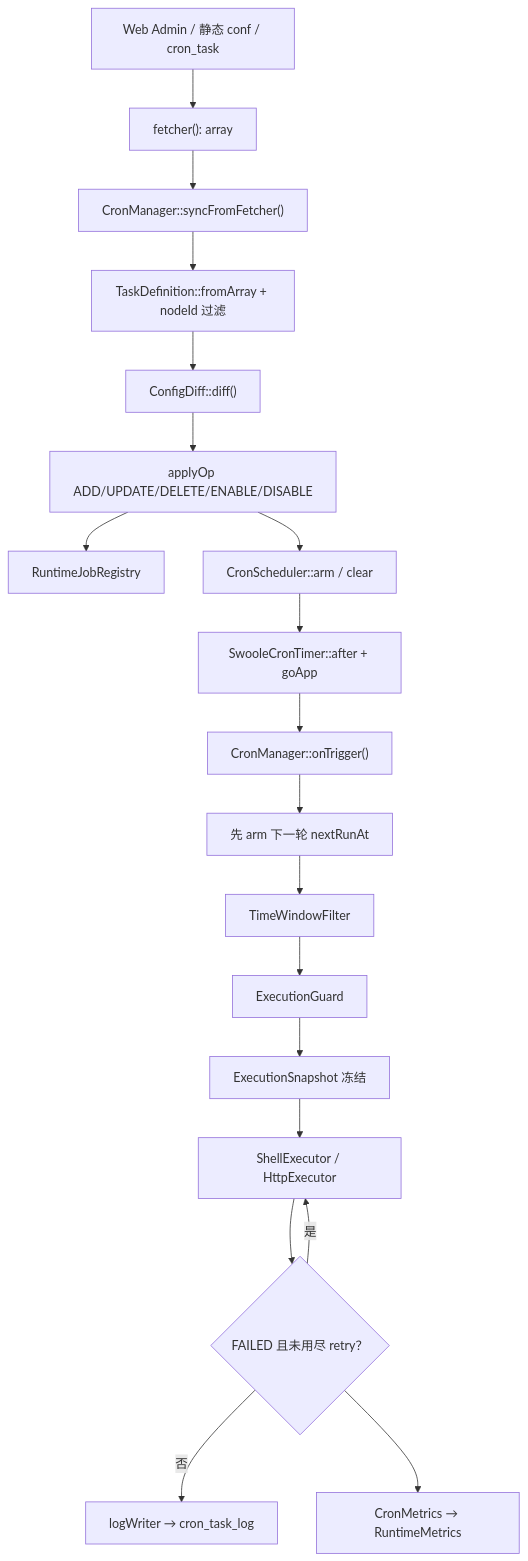
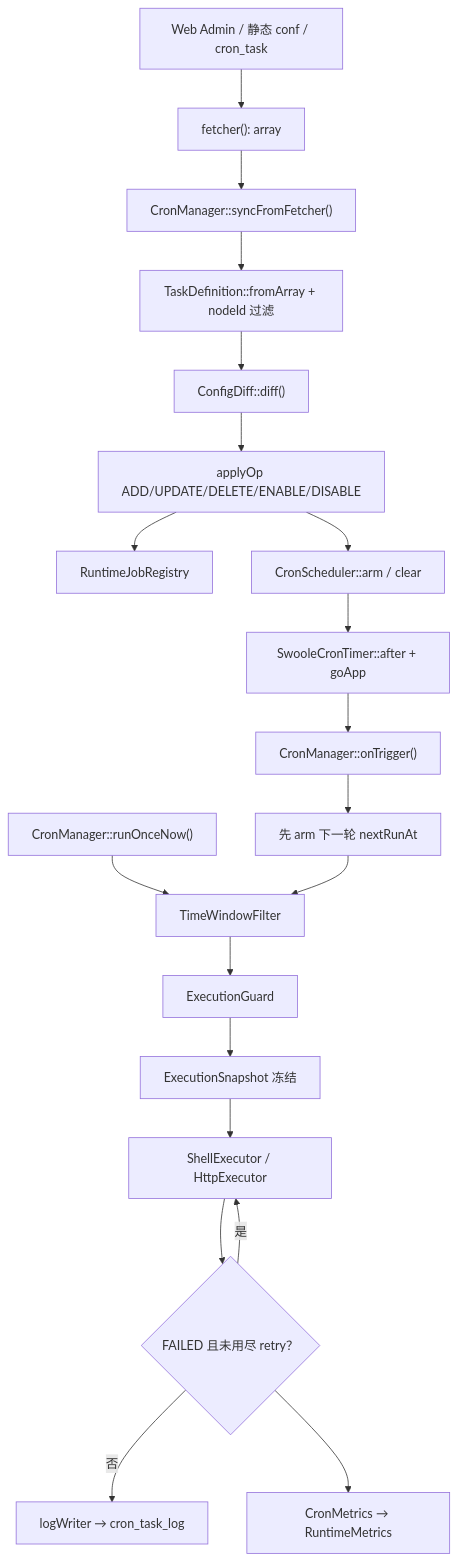
One commit to bingcool/swoolefy changed the second of 3 diagrams in src/Worker/Cron/README.md. Above: the diagram before and after it, drawn with Mermaid. The commit also changed other lines of this file and 8 other files, not shown here.

````diff
--- a/src/Worker/Cron/README.md
+++ b/src/Worker/Cron/README.md
@@ -84,21 +84,22 @@
 ```mermaid
 flowchart TB
     Admin["Web Admin / 静态 conf / cron_task"] --> Fetcher["fetcher(): array"]
     Fetcher --> Sync["CronManager::syncFromFetcher()"]
     Sync --> Norm["TaskDefinition::fromArray + nodeId 过滤"]
     Norm --> Diff["ConfigDiff::diff()"]
     Diff --> Apply["applyOp ADD/UPDATE/DELETE/ENABLE/DISABLE"]
     Apply --> Registry["RuntimeJobRegistry"]
     Apply --> Scheduler["CronScheduler::arm / clear"]
     Scheduler --> Timer["SwooleCronTimer::after + goApp"]
     Timer --> Trigger["CronManager::onTrigger()"]
+    Manual["CronManager::runOnceNow()"] --> Window["TimeWindowFilter"]
     Trigger --> ArmNext["先 arm 下一轮 nextRunAt"]
-    ArmNext --> Window["TimeWindowFilter"]
+    ArmNext --> Window
     Window --> Guard["ExecutionGuard"]
     Guard --> Snap["ExecutionSnapshot 冻结"]
     Snap --> Exec["ShellExecutor / HttpExecutor"]
     Exec --> Retry{"FAILED 且未用尽 retry？"}
     Retry -->|是| Exec
     Retry -->|否| Log["logWriter → cron_task_log"]
     Retry --> Metrics["CronMetrics → RuntimeMetrics"]
 ```
````
